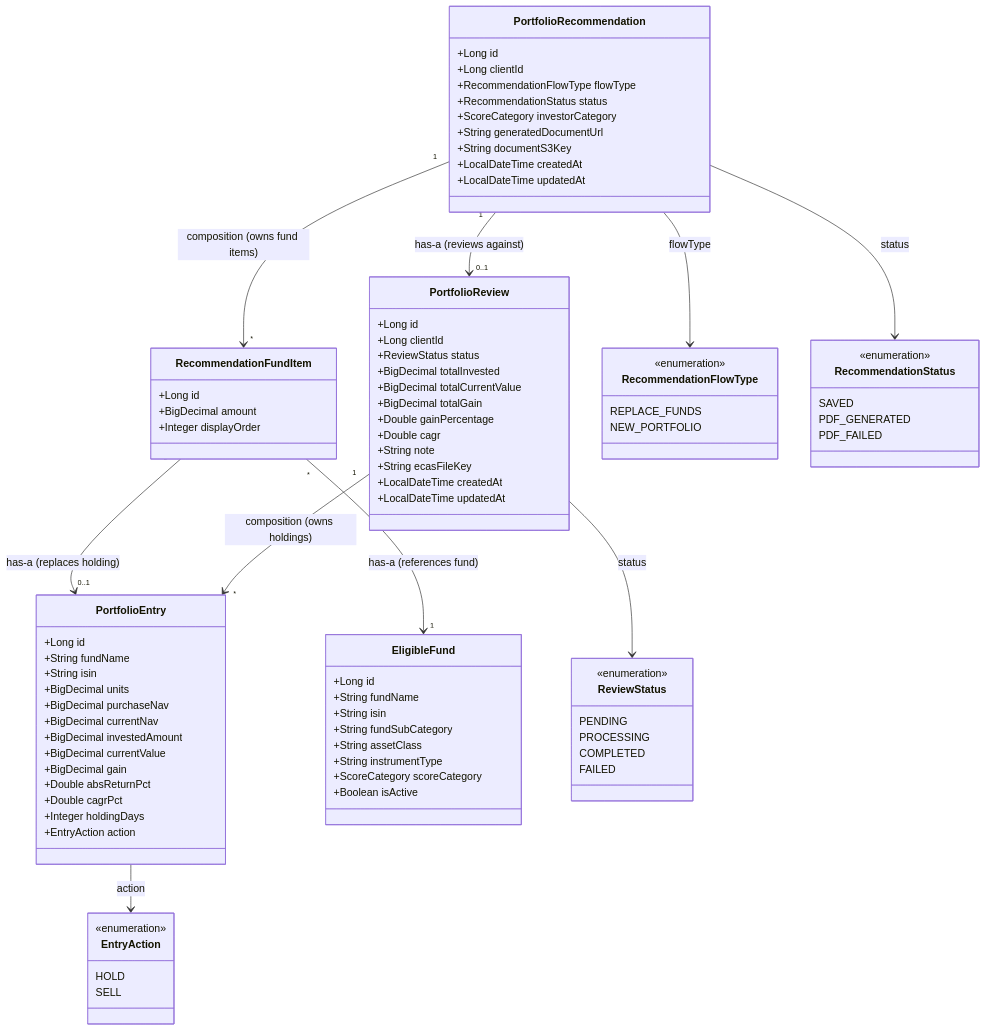
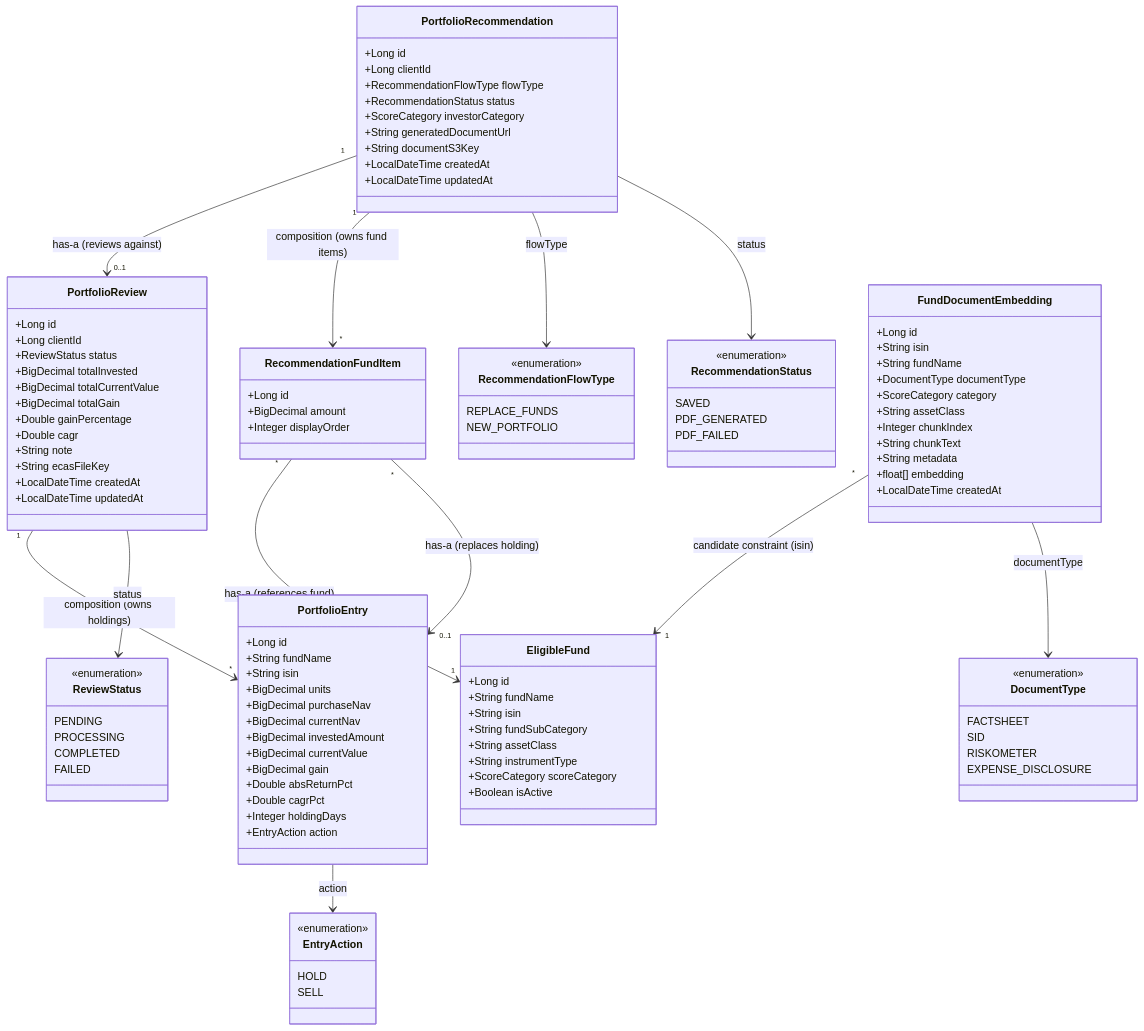
Before and after one commit to NatsuDrag9/wealth-tech-crm: the seventh of 32 diagrams in docs/Uml_Diagrams.md, drawn with Mermaid. The commit also changed other lines of this file and 4 other files, not shown here.

Commit message:
docs(rag): specify RAG pipeline flows, UML diagrams, and draft architecture

```diff
--- a/docs/Uml_Diagrams.md
+++ b/docs/Uml_Diagrams.md
@@ -373,11 +378,35 @@
         PDF_FAILED
     }
 
+    class FundDocumentEmbedding {
+        +Long id
+        +String isin
+        +String fundName
+        +DocumentType documentType
+        +ScoreCategory category
+        +String assetClass
+        +Integer chunkIndex
+        +String chunkText
+        +String metadata
+        +float[] embedding
+        +LocalDateTime createdAt
+    }
+
+    class DocumentType {
+        <<enumeration>>
+        FACTSHEET
+        SID
+        RISKOMETER
+        EXPENSE_DISCLOSURE
+    }
+
     PortfolioReview "1" --> "*" PortfolioEntry : composition (owns holdings)
     PortfolioRecommendation "1" --> "0..1" PortfolioReview : has-a (reviews against)
     PortfolioRecommendation "1" --> "*" RecommendationFundItem : composition (owns fund items)
     RecommendationFundItem "*" --> "1" EligibleFund : has-a (references fund)
     RecommendationFundItem "*" --> "0..1" PortfolioEntry : has-a (replaces holding)
+    FundDocumentEmbedding "*" --> "1" EligibleFund : candidate constraint (isin)
+    FundDocumentEmbedding --> DocumentType : documentType
     PortfolioEntry --> EntryAction : action
     PortfolioRecommendation --> RecommendationFlowType : flowType
     PortfolioRecommendation --> RecommendationStatus : status
```
